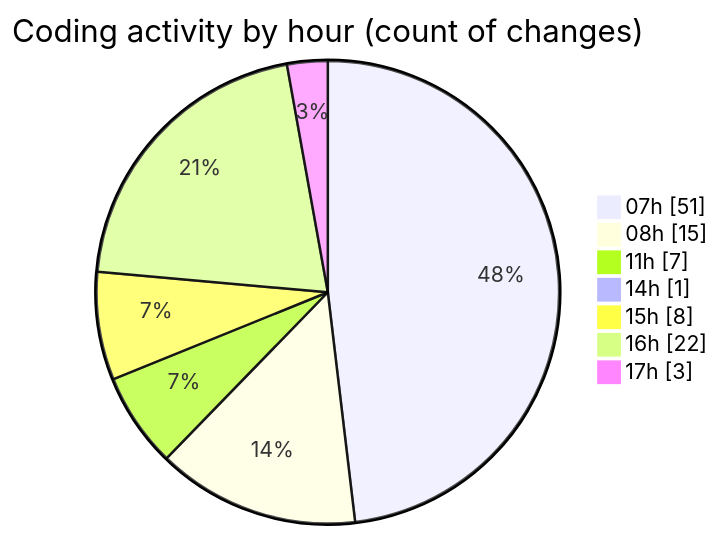
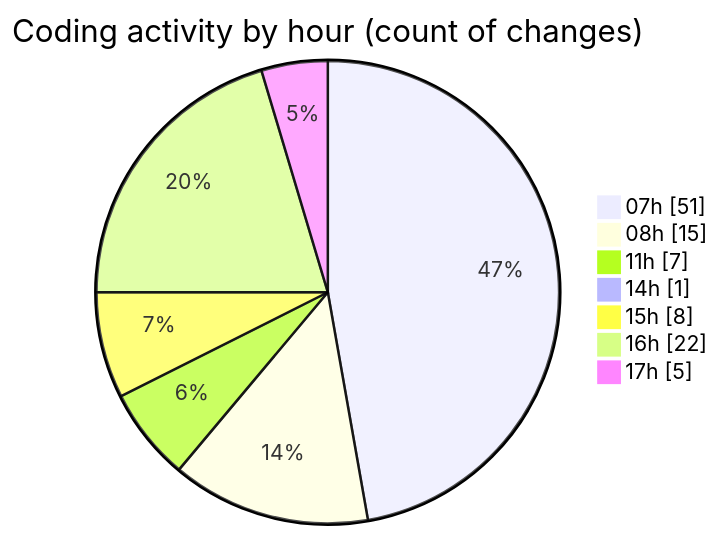
One commit to robertbonfada/code-tracking changed the second of 2 diagrams in 2025-01-17/mbc-web/README.md. Above: the diagram before and after it, drawn with Mermaid. The commit also changed other lines of this file and 1 other file, not shown here.

````diff
--- a/2025-01-17/mbc-web/README.md
+++ b/2025-01-17/mbc-web/README.md
@@ -47,11 +47,11 @@
 ```mermaid
 pie showData
 title Coding activity by hour (count of changes)
 "07h" : 51
 "08h" : 15
 "11h" : 7
 "14h" : 1
 "15h" : 8
 "16h" : 22
-"17h" : 3
+"17h" : 5
 ```
````
